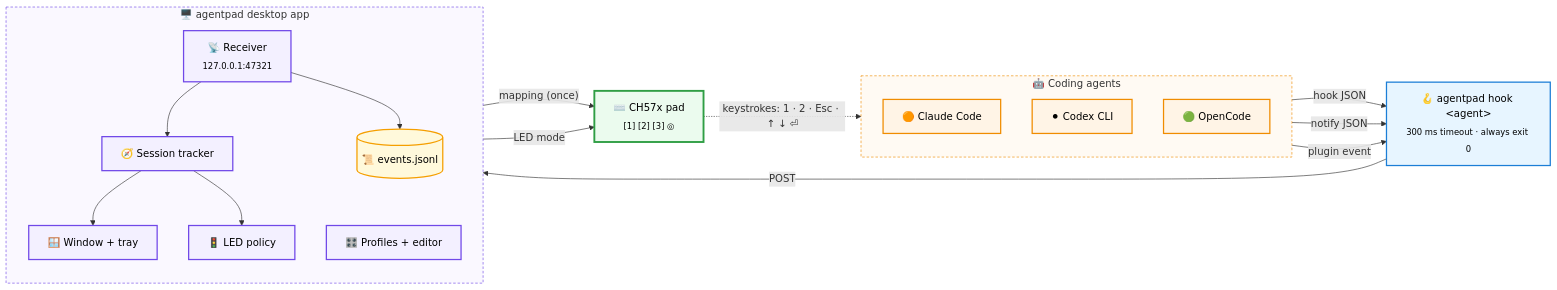
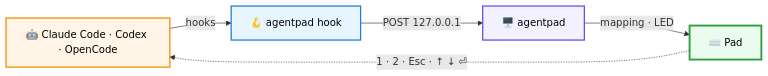
Before and after one commit to thereisnotime/agentpad: the diagram in README.md, drawn with Mermaid. The commit also changed other lines of this file and 7 other files, not shown here.

````diff
--- a/README.md
+++ b/README.md
@@ -54,47 +51,15 @@
 ```mermaid
 flowchart LR
-    subgraph AGENTS["🤖 Coding agents"]
-        direction TB
-        CC["🟠 Claude Code"]
-        CX["⚫ Codex CLI"]
-        OC["🟢 OpenCode"]
-    end
-
-    HOOK["🪝 agentpad hook &lt;agent&gt;<br/><sub>300 ms timeout · always exit 0</sub>"]
-
-    subgraph APP["🖥️ agentpad desktop app"]
-        direction TB
-        RX["📡 Receiver<br/><sub>127.0.0.1:47321</sub>"]
-        TR["🧭 Session tracker"]
-        LOG[("📜 events.jsonl")]
-        UI["🪟 Window + tray"]
-        LED["🚦 LED policy"]
-        PROF["🎛️ Profiles + editor"]
-        RX --> TR --> UI
-        RX --> LOG
-        TR --> LED
-    end
-
-    PAD["⌨️ CH57x pad<br/><sub>[1] [2] [3] ◎</sub>"]
-
-    CC -- hook JSON --> HOOK
-    CX -- notify JSON --> HOOK
-    OC -- plugin event --> HOOK
-    HOOK -- POST --> RX
-    PROF -- "mapping (once)" --> PAD
-    LED -- LED mode --> PAD
-    PAD -. "keystrokes: 1 · 2 · Esc · ↑ ↓ ⏎" .-> AGENTS
-
+    A["🤖 Claude Code · Codex · OpenCode"] -- "hooks" --> H["🪝 agentpad hook"]
+    H -- "POST 127.0.0.1" --> P["🖥️ agentpad"]
+    P -- "mapping · LED" --> K["⌨️ Pad"]
+    K -. "1 · 2 · Esc · ↑ ↓ ⏎" .-> A
     classDef agent fill:#fff4e6,stroke:#f08c00,stroke-width:2px,color:#000
     classDef hook fill:#e7f5ff,stroke:#1c7ed6,stroke-width:2px,color:#000
     classDef app fill:#f3f0ff,stroke:#7048e8,stroke-width:2px,color:#000
-    classDef store fill:#fff9db,stroke:#f59f00,stroke-width:2px,color:#000
     classDef pad fill:#ebfbee,stroke:#2f9e44,stroke-width:3px,color:#000
-    class CC,CX,OC agent
-    class HOOK hook
-    class RX,TR,UI,LED,PROF app
-    class LOG store
-    class PAD pad
-    style AGENTS fill:#fffaf3,stroke:#f08c00,stroke-dasharray:4 3
-    style APP fill:#faf8ff,stroke:#7048e8,stroke-dasharray:4 3
+    class A agent
+    class H hook
+    class P app
+    class K pad
 ```
````
